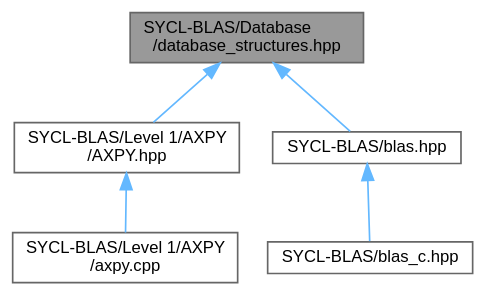
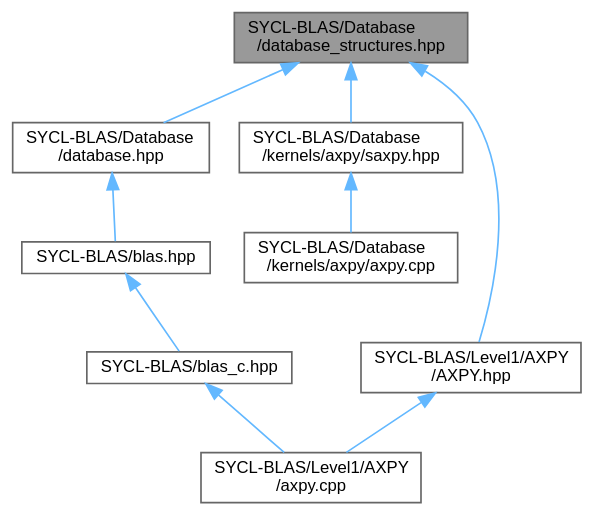
One commit to Mayukh-Banik/SYCL-BLAS changed the diagram in docs/database__structures_8hpp__dep__incl.dot. Above: the diagram before and after it, drawn with Graphviz. The commit also changed 261 other files, not shown here.

```diff
--- a/docs/database__structures_8hpp__dep__incl.dot
+++ b/docs/database__structures_8hpp__dep__incl.dot
@@ -1,16 +1,23 @@
 digraph "SYCL-BLAS/Database/database_structures.hpp"
 {
  // LATEX_PDF_SIZE
   bgcolor="transparent";
   edge [fontname=Helvetica,fontsize=10,labelfontname=Helvetica,labelfontsize=10];
   node [fontname=Helvetica,fontsize=10,shape=box,height=0.2,width=0.4];
   Node1 [id="Node000001",label="SYCL-BLAS/Database\l/database_structures.hpp",height=0.2,width=0.4,color="gray40", fillcolor="grey60", style="filled", fontcolor="black",tooltip=" "];
   Node1 -> Node2 [id="edge1_Node000001_Node000002",dir="back",color="steelblue1",style="solid",tooltip=" "];
-  Node2 [id="Node000002",label="SYCL-BLAS/Level 1/AXPY\l/AXPY.hpp",height=0.2,width=0.4,color="grey40", fillcolor="white", style="filled",URL="$AXPY_8hpp.html",tooltip=" "];
+  Node2 [id="Node000002",label="SYCL-BLAS/Database\l/database.hpp",height=0.2,width=0.4,color="grey40", fillcolor="white", style="filled",URL="$database_8hpp.html",tooltip=" "];
   Node2 -> Node3 [id="edge2_Node000002_Node000003",dir="back",color="steelblue1",style="solid",tooltip=" "];
-  Node3 [id="Node000003",label="SYCL-BLAS/Level 1/AXPY\l/axpy.cpp",height=0.2,width=0.4,color="grey40", fillcolor="white", style="filled",URL="$axpy_8cpp.html",tooltip=" "];
-  Node1 -> Node4 [id="edge3_Node000001_Node000004",dir="back",color="steelblue1",style="solid",tooltip=" "];
-  Node4 [id="Node000004",label="SYCL-BLAS/blas.hpp",height=0.2,width=0.4,color="grey40", fillcolor="white", style="filled",URL="$blas_8hpp.html",tooltip=" "];
+  Node3 [id="Node000003",label="SYCL-BLAS/blas.hpp",height=0.2,width=0.4,color="grey40", fillcolor="white", style="filled",URL="$blas_8hpp.html",tooltip=" "];
+  Node3 -> Node4 [id="edge3_Node000003_Node000004",dir="back",color="steelblue1",style="solid",tooltip=" "];
+  Node4 [id="Node000004",label="SYCL-BLAS/blas_c.hpp",height=0.2,width=0.4,color="grey40", fillcolor="white", style="filled",URL="$blas__c_8hpp.html",tooltip=" "];
   Node4 -> Node5 [id="edge4_Node000004_Node000005",dir="back",color="steelblue1",style="solid",tooltip=" "];
-  Node5 [id="Node000005",label="SYCL-BLAS/blas_c.hpp",height=0.2,width=0.4,color="grey40", fillcolor="white", style="filled",URL="$blas__c_8hpp.html",tooltip=" "];
+  Node5 [id="Node000005",label="SYCL-BLAS/Level1/AXPY\l/axpy.cpp",height=0.2,width=0.4,color="grey40", fillcolor="white", style="filled",URL="$Level1_2AXPY_2axpy_8cpp.html",tooltip=" "];
+  Node1 -> Node6 [id="edge5_Node000001_Node000006",dir="back",color="steelblue1",style="solid",tooltip=" "];
+  Node6 [id="Node000006",label="SYCL-BLAS/Database\l/kernels/axpy/saxpy.hpp",height=0.2,width=0.4,color="grey40", fillcolor="white", style="filled",URL="$saxpy_8hpp.html",tooltip=" "];
+  Node6 -> Node7 [id="edge6_Node000006_Node000007",dir="back",color="steelblue1",style="solid",tooltip=" "];
+  Node7 [id="Node000007",label="SYCL-BLAS/Database\l/kernels/axpy/axpy.cpp",height=0.2,width=0.4,color="grey40", fillcolor="white", style="filled",URL="$Database_2kernels_2axpy_2axpy_8cpp.html",tooltip=" "];
+  Node1 -> Node8 [id="edge7_Node000001_Node000008",dir="back",color="steelblue1",style="solid",tooltip=" "];
+  Node8 [id="Node000008",label="SYCL-BLAS/Level1/AXPY\l/AXPY.hpp",height=0.2,width=0.4,color="grey40", fillcolor="white", style="filled",URL="$AXPY_8hpp.html",tooltip=" "];
+  Node8 -> Node5 [id="edge8_Node000008_Node000005",dir="back",color="steelblue1",style="solid",tooltip=" "];
 }
```
